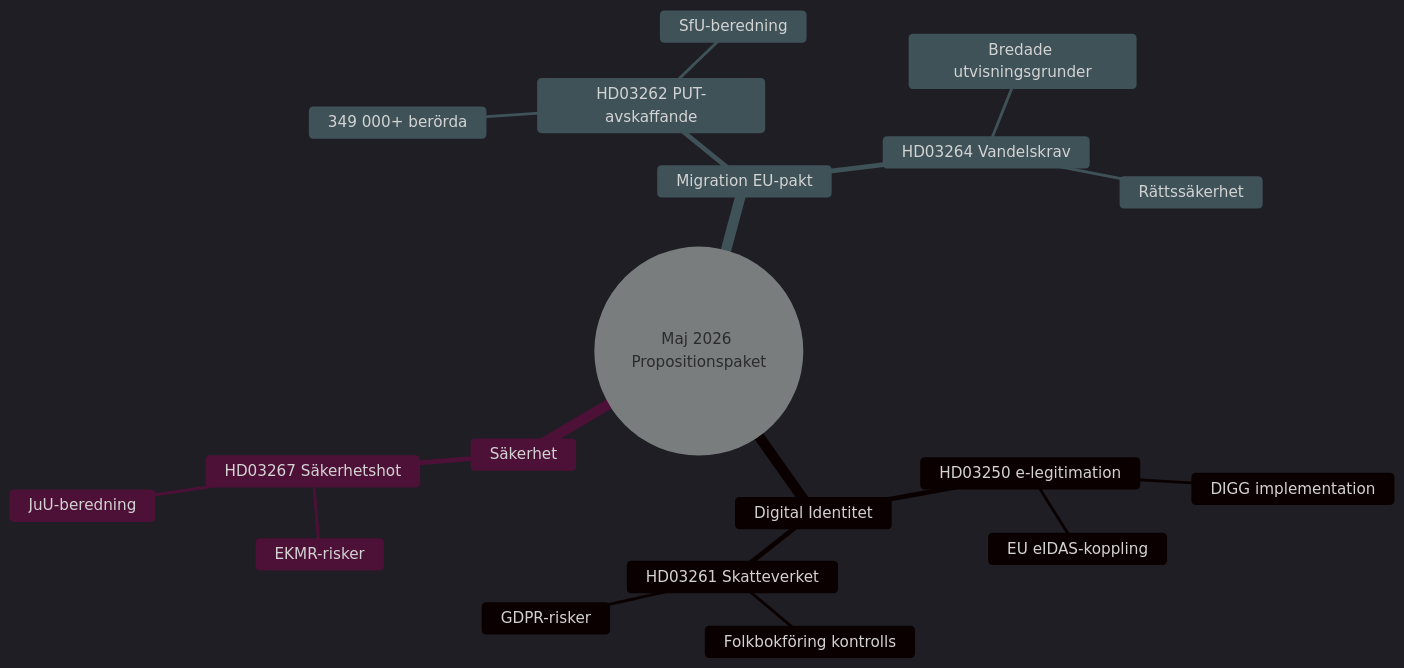
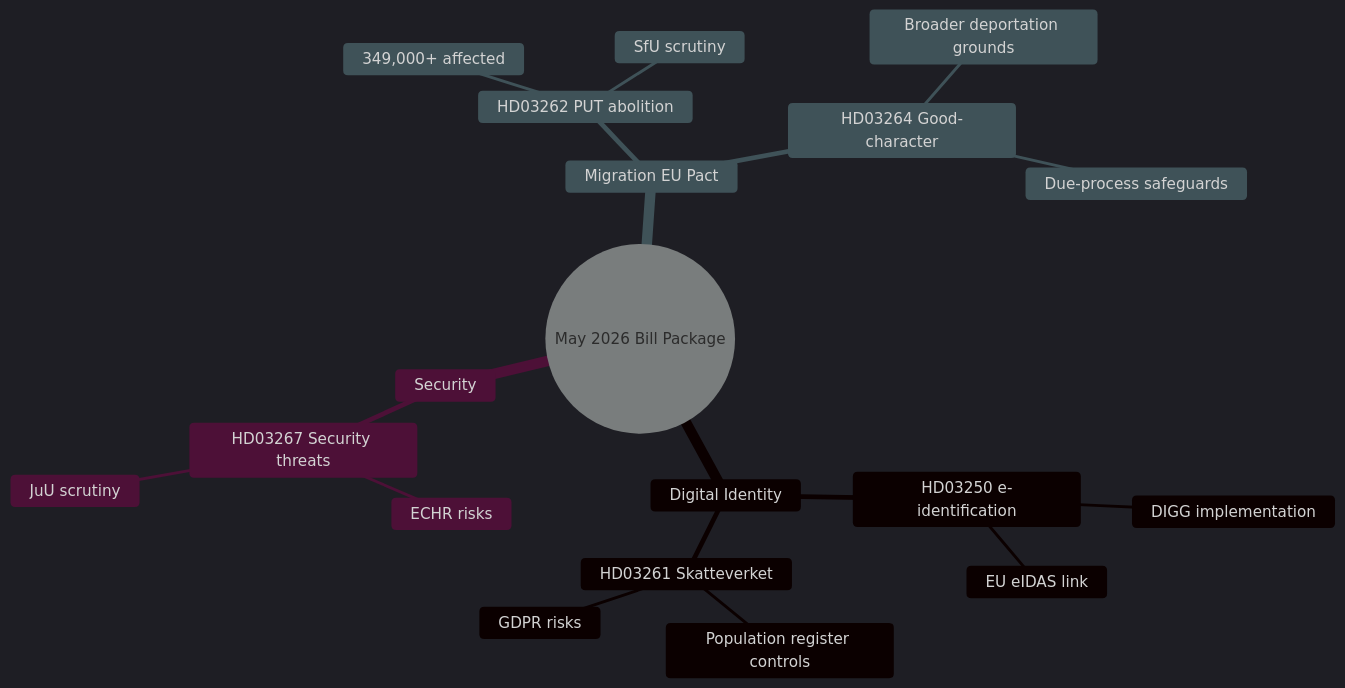
One commit to Hack23/riksdagsmonitor changed the diagram in analysis/daily/2026-05-15/propositions/executive-brief.md. Above: the diagram before and after it, drawn with Mermaid. The commit also changed other lines of this file and 6 other files, not shown here.

````diff
--- a/analysis/daily/2026-05-15/propositions/executive-brief.md
+++ b/analysis/daily/2026-05-15/propositions/executive-brief.md
@@ -31,23 +31,23 @@
 ```mermaid
 %%{init: {'theme': 'dark', 'themeVariables': {'primaryColor': '#1a1e3d', 'edgeLabelBackground': '#0a0e27', 'tertiaryColor': '#0a0e27'}}}%%
 mindmap
-  root((Maj 2026 Propositionspaket))
-    Digital Identitet
-      HD03250 e-legitimation
+  root((May 2026 Bill Package))
+    Digital Identity
+      HD03250 e-identification
         DIGG implementation
-        EU eIDAS-koppling
+        EU eIDAS link
       HD03261 Skatteverket
-        Folkbokföring kontrolls
-        GDPR-risker
-    Säkerhet
-      HD03267 Säkerhetshot
-        EKMR-risker
-        JuU-beredning
-    Migration EU-pakt
-      HD03262 PUT-avskaffande
-        349 000+ berörda
-        SfU-beredning
-      HD03264 Vandelskrav
-        Bredade utvisningsgrunder
-        Rättssäkerhet
+        Population register controls
+        GDPR risks
+    Security
+      HD03267 Security threats
+        ECHR risks
+        JuU scrutiny
+    Migration EU Pact
+      HD03262 PUT abolition
+        349,000+ affected
+        SfU scrutiny
+      HD03264 Good-character
+        Broader deportation grounds
+        Due-process safeguards
 ```
````
